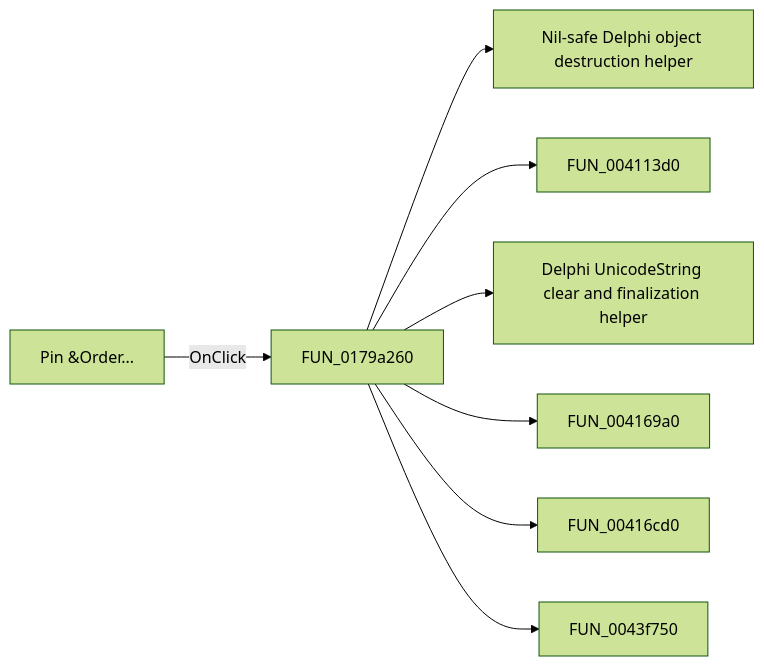
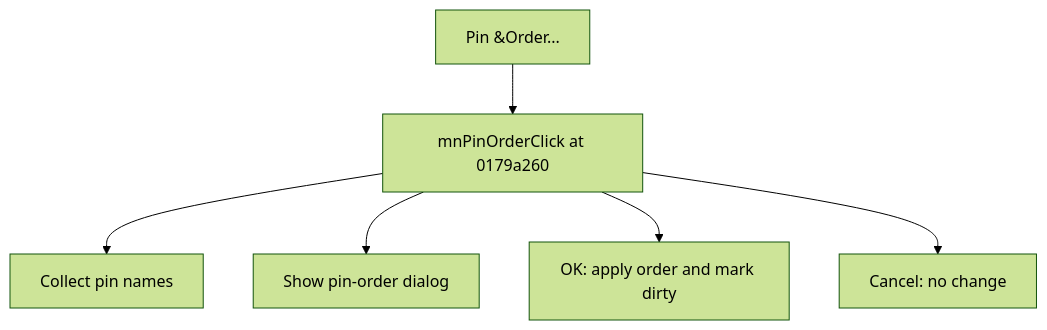
The diagram in docs/ui-controls/shapeedit/mnpinorder-6b7e2ff1f9.md (MovGP0/TIARA), drawn with Mermaid (forest theme) before and after one commit. The commit also changed other lines of this file and 1062 other files, not shown here.

````diff
--- a/docs/ui-controls/shapeedit/mnpinorder-6b7e2ff1f9.md
+++ b/docs/ui-controls/shapeedit/mnpinorder-6b7e2ff1f9.md
@@ -27,10 +25,8 @@
 ```mermaid
-flowchart LR
-    control["Pin &Order..."] -->|OnClick| handler["FUN_0179a260"]
-    handler --> call1["Nil-safe Delphi object destruction helper"]
-    handler --> call2["FUN_004113d0"]
-    handler --> call3["Delphi UnicodeString clear and finalization helper"]
-    handler --> call4["FUN_004169a0"]
-    handler --> call5["FUN_00416cd0"]
-    handler --> call6["FUN_0043f750"]
+flowchart TD
+    control["Pin &Order..."] --> handler["mnPinOrderClick at 0179a260"]
+    handler --> step1["Collect pin names"]
+    handler --> step2["Show pin-order dialog"]
+    handler --> step3["OK: apply order and mark dirty"]
+    handler --> step4["Cancel: no change"]
 ```
````
